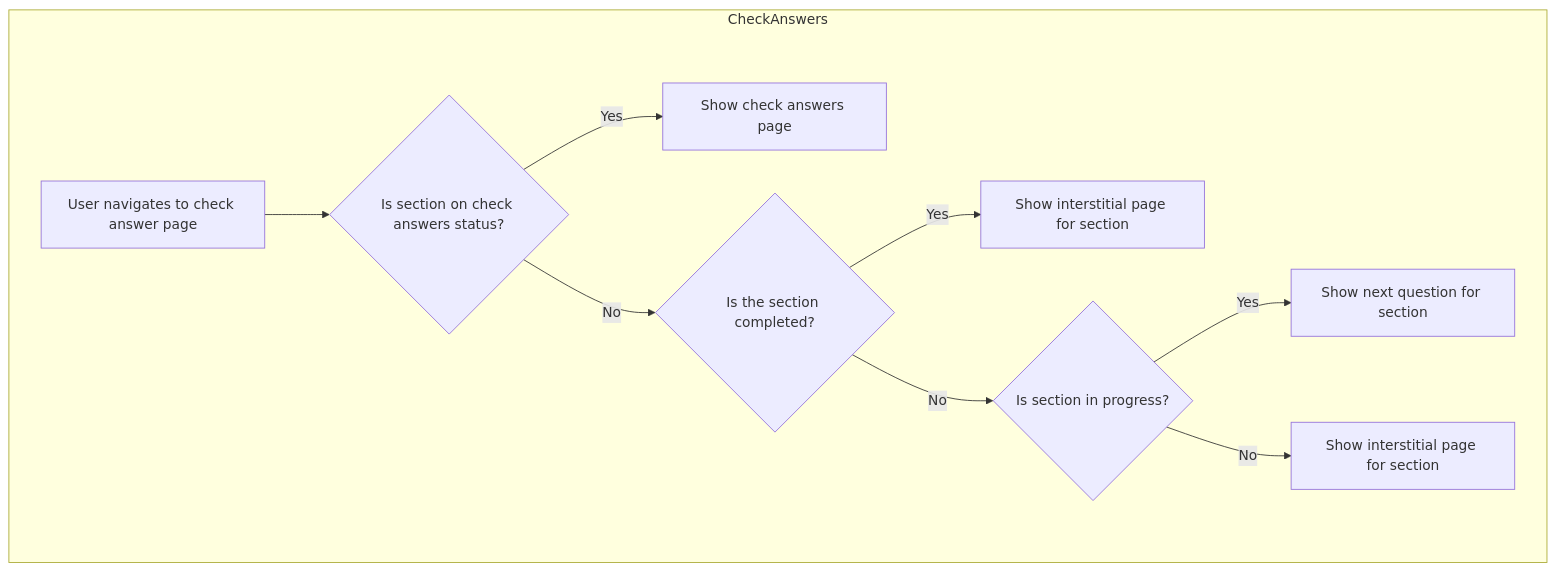
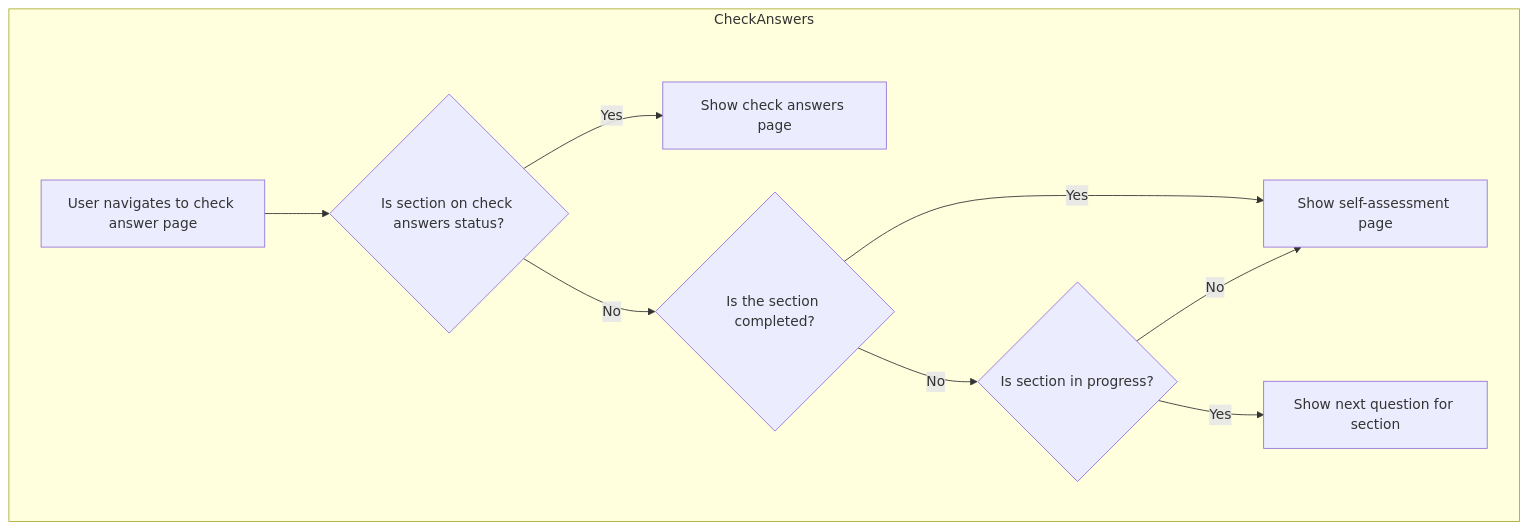
Before and after one commit to DFE-Digital/sts-plan-technology-for-your-school: the second of 4 diagrams in docs/Routers.md, drawn with Mermaid. The commit also changed other lines of this file and 4 other files, not shown here.

````diff
--- a/docs/Routers.md
+++ b/docs/Routers.md
@@ -30,12 +30,12 @@
 ```mermaid
 graph TD
     subgraph CheckAnswers
         A[User navigates to check answer page] --> B{Is section on check answers status?}
         B -- Yes --> C[Show check answers page]
         B -- No --> D{Is the section completed?}
-        D -- Yes --> E[Show interstitial page for section]
+        D -- Yes --> E[Show self-assessment page]
         D -- No --> F{Is section in progress?}
         F -- Yes --> G[Show next question for section]
-        F -- No --> H[Show interstitial page for section]
+        F -- No --> E
     end
 ```
````
